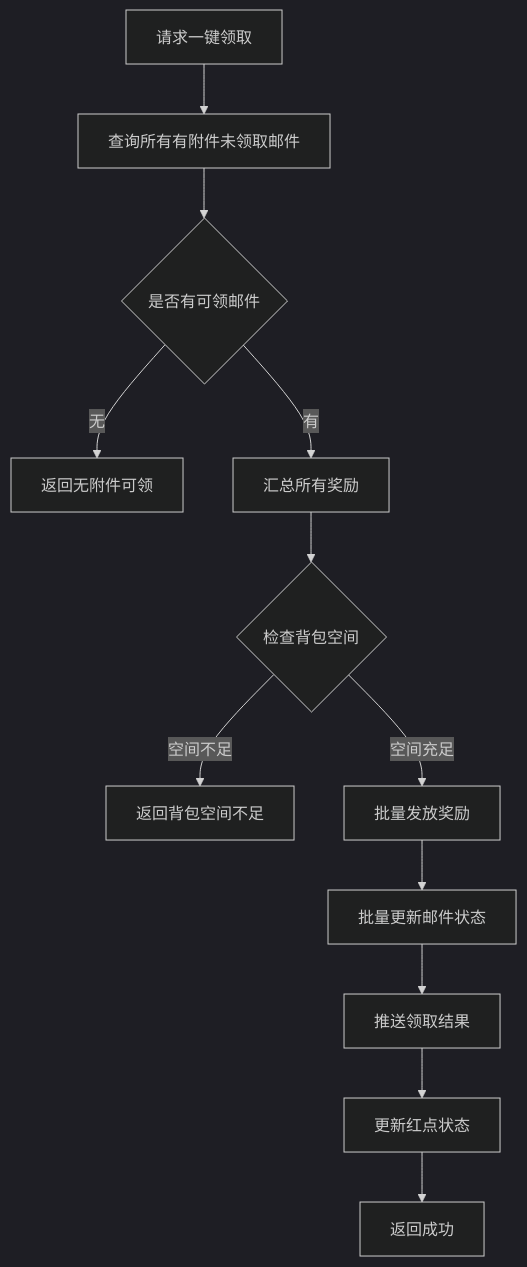
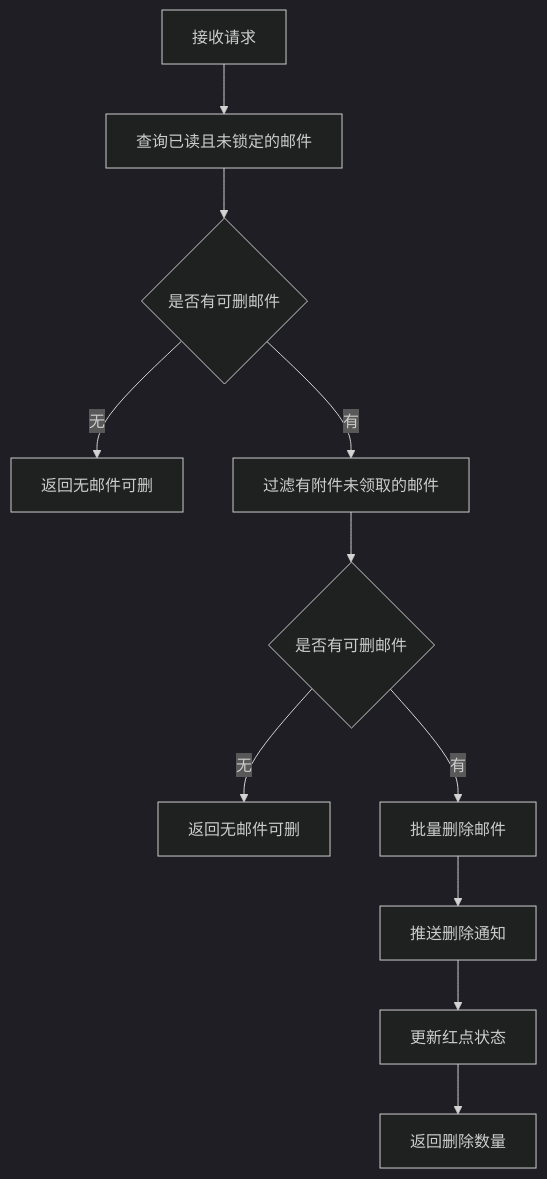
The ninth of 16 diagrams in docs/Module_Mail/02_协议文档.md (Alan-Ben/k2c_game_framework), drawn with Mermaid (dark theme) before and after one commit. The commit also changed other lines of this file and 10 other files, not shown here.

Commit message:
docs: 完善 Consort/Mail/Rank 模块文档 - mermaid图、代码示例、完整字段列表

````diff
--- a/docs/Module_Mail/02_协议文档.md
+++ b/docs/Module_Mail/02_协议文档.md
@@ -377,14 +665,13 @@
 ```mermaid
 flowchart TD
-    A[请求一键领取] --> B[查询所有有附件未领取邮件]
-    B --> C{是否有可领邮件}
-    C -->|无| D[返回无附件可领]
-    C -->|有| E[汇总所有奖励]
-    E --> F{检查背包空间}
-    F -->|空间不足| G[返回背包空间不足]
-    F -->|空间充足| H[批量发放奖励]
-    H --> I[批量更新邮件状态]
-    I --> J[推送领取结果]
-    J --> K[更新红点状态]
-    K --> L[返回成功]
+    A[接收请求] --> B[查询已读且未锁定的邮件]
+    B --> C{是否有可删邮件}
+    C -->|无| D[返回无邮件可删]
+    C -->|有| E[过滤有附件未领取的邮件]
+    E --> F{是否有可删邮件}
+    F -->|无| G[返回无邮件可删]
+    F -->|有| H[批量删除邮件]
+    H --> I[推送删除通知]
+    I --> J[更新红点状态]
+    J --> K[返回删除数量]
 ```
````
